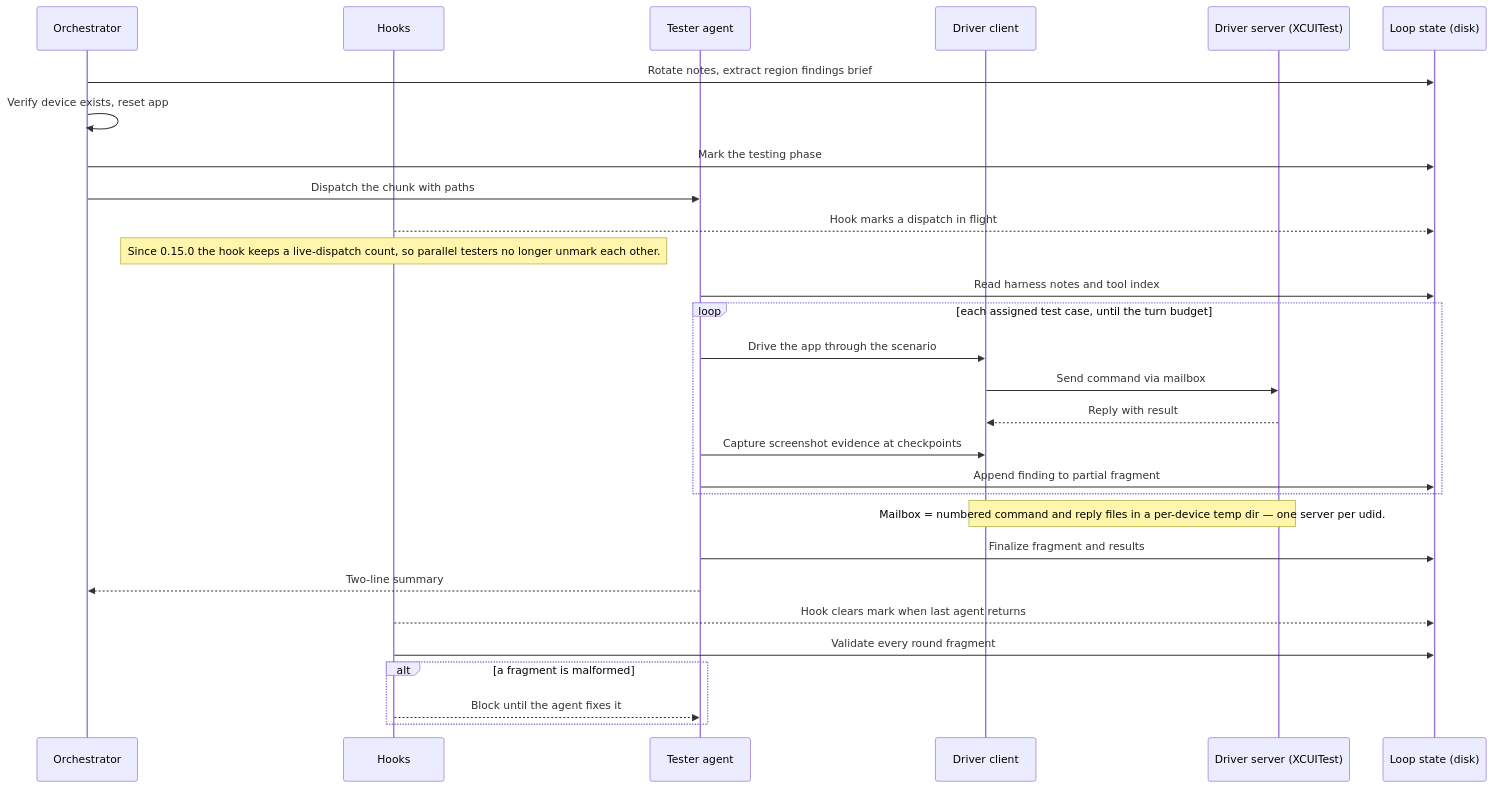
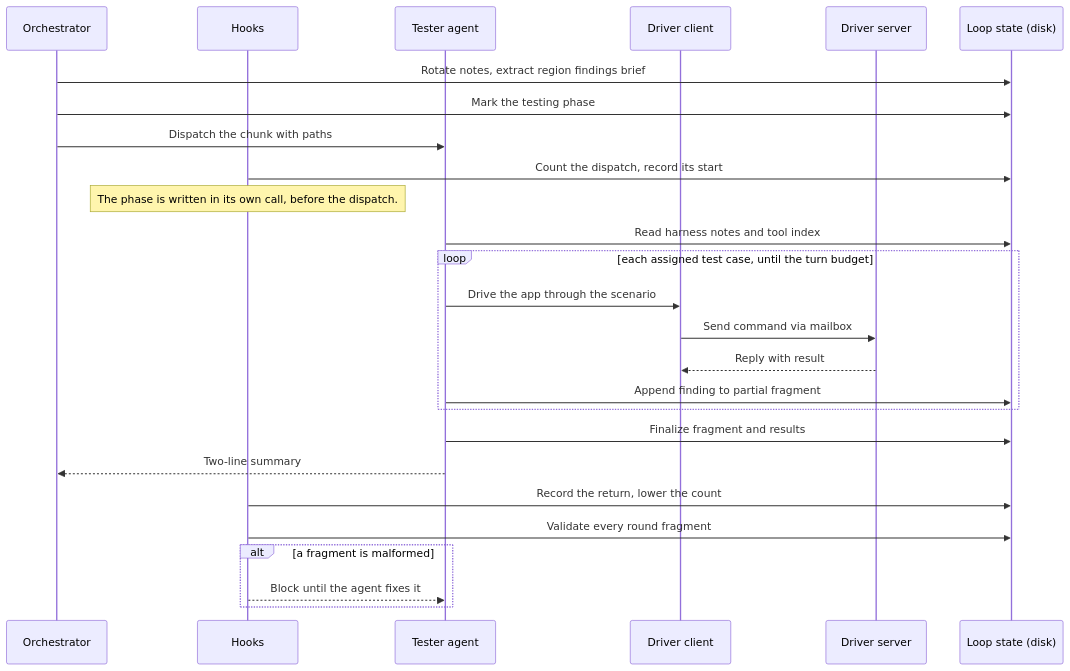
Diagram 13 of 33 in docs/architecture/qa-loop-tools.md (peterlit/quiller-claude-plugins), drawn with Mermaid before and after one commit. The commit also changed other lines of this file and 5 other files, not shown here.

````diff
--- a/docs/architecture/qa-loop-tools.md
+++ b/docs/architecture/qa-loop-tools.md
@@ -401,31 +648,28 @@
 ```mermaid
 sequenceDiagram
     participant O as Orchestrator
     participant HK as Hooks
     participant T as Tester agent
     participant DC as Driver client
-    participant DS as Driver server (XCUITest)
+    participant DS as Driver server
     participant L as Loop state (disk)
     O->>L: Rotate notes, extract region findings brief
-    O->>O: Verify device exists, reset app
     O->>L: Mark the testing phase
     O->>T: Dispatch the chunk with paths
-    HK-->>L: Hook marks a dispatch in flight
-    Note over HK: Since 0.15.0 the hook keeps a live-dispatch count, so parallel testers no longer unmark each other.
+    HK->>L: Count the dispatch, record its start
+    Note over HK: The phase is written in its own call, before the dispatch.
     T->>L: Read harness notes and tool index
     loop each assigned test case, until the turn budget
         T->>DC: Drive the app through the scenario
         DC->>DS: Send command via mailbox
         DS-->>DC: Reply with result
-        T->>DC: Capture screenshot evidence at checkpoints
         T->>L: Append finding to partial fragment
     end
-    Note over DC,DS: Mailbox = numbered command and reply files in a per-device temp dir — one server per udid.
     T->>L: Finalize fragment and results
     T-->>O: Two-line summary
-    HK-->>L: Hook clears mark when last agent returns
+    HK->>L: Record the return, lower the count
     HK->>L: Validate every round fragment
     alt a fragment is malformed
         HK-->>T: Block until the agent fixes it
     end
 ```
````
